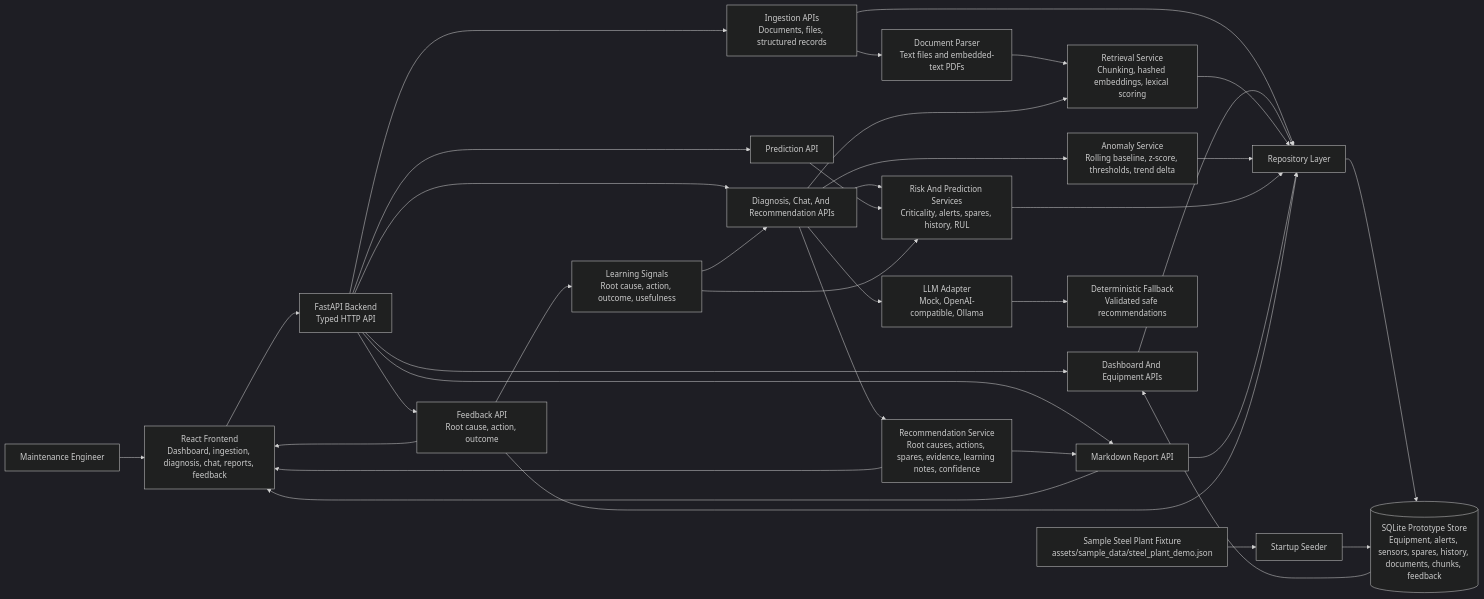
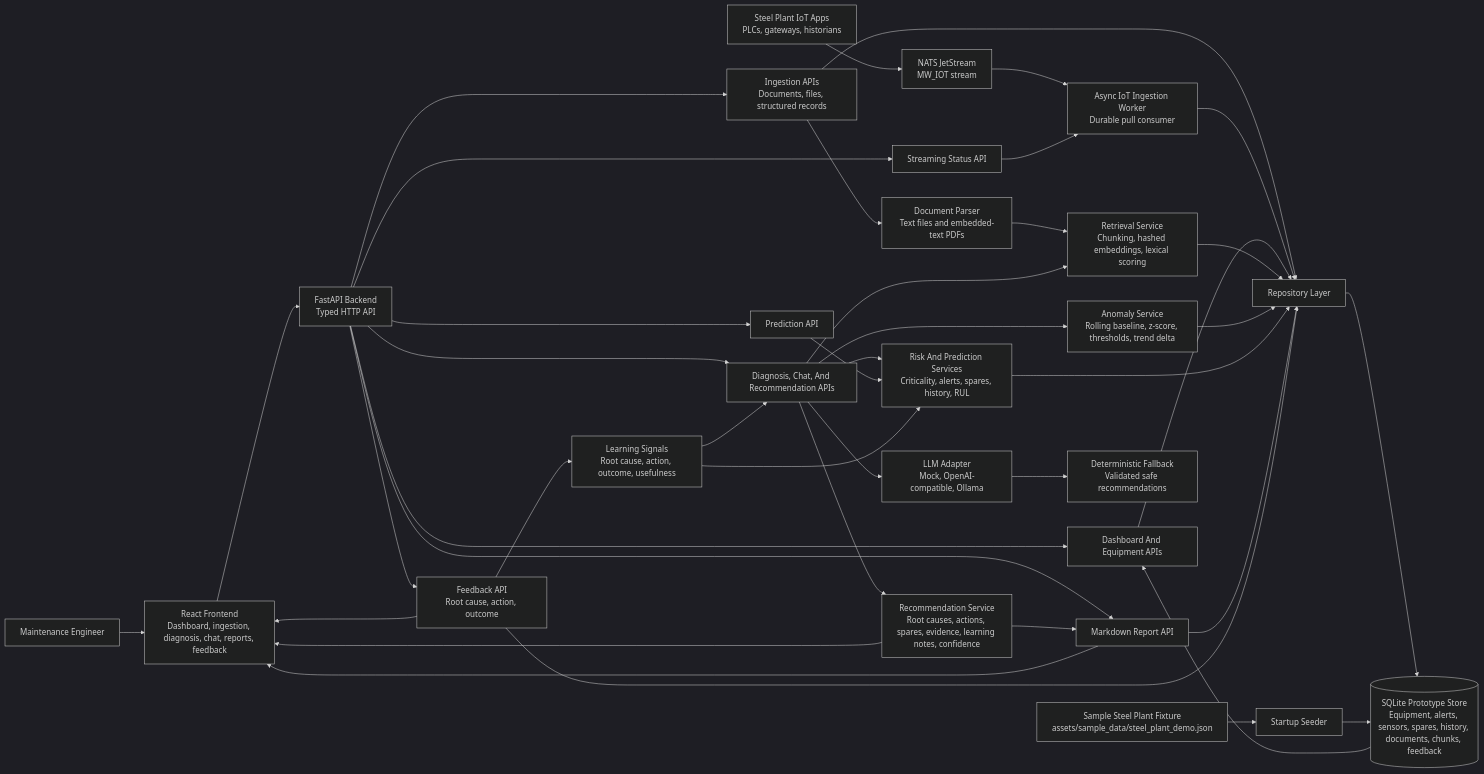
The diagram in docs/architecture.md (ragavendran-r/ai-powered-maintenance-wizard), drawn with Mermaid (dark theme) before and after one commit. The commit also changed other lines of this file and 7 other files, not shown here.

````diff
--- a/docs/architecture.md
+++ b/docs/architecture.md
@@ -5,45 +5,50 @@
 ```mermaid
 flowchart LR
   engineer["Maintenance Engineer"] --> frontend["React Frontend<br/>Dashboard, ingestion, diagnosis, chat, reports, feedback"]
+  iot["Steel Plant IoT Apps<br/>PLCs, gateways, historians"] --> nats["NATS JetStream<br/>MW_IOT stream"]
+  nats --> streamIngest["Async IoT Ingestion Worker<br/>Durable pull consumer"]
   frontend --> api["FastAPI Backend<br/>Typed HTTP API"]
 
   api --> dashboard["Dashboard And Equipment APIs"]
   api --> ingest["Ingestion APIs<br/>Documents, files, structured records"]
+  api --> streamStatus["Streaming Status API"]
   api --> diagnosis["Diagnosis, Chat, And Recommendation APIs"]
   api --> prediction["Prediction API"]
   api --> report["Markdown Report API"]
   api --> feedback["Feedback API<br/>Root cause, action, outcome"]
 
   ingest --> parser["Document Parser<br/>Text files and embedded-text PDFs"]
   parser --> retrieval["Retrieval Service<br/>Chunking, hashed embeddings, lexical scoring"]
   ingest --> repo
+  streamIngest --> repo
+  streamStatus --> streamIngest
 
   diagnosis --> retrieval
   diagnosis --> anomaly["Anomaly Service<br/>Rolling baseline, z-score, thresholds, trend delta"]
   diagnosis --> risk["Risk And Prediction Services<br/>Criticality, alerts, spares, history, RUL"]
   diagnosis --> llm["LLM Adapter<br/>Mock, OpenAI-compatible, Ollama"]
   llm --> fallback["Deterministic Fallback<br/>Validated safe recommendations"]
   diagnosis --> recommendations["Recommendation Service<br/>Root causes, actions, spares, evidence, learning notes, confidence"]
   prediction --> risk
 
   recommendations --> report
   feedback --> learning["Learning Signals<br/>Root cause, action, outcome, usefulness"]
   learning --> diagnosis
   learning --> risk
 
   dashboard --> repo["Repository Layer"]
   retrieval --> repo
   anomaly --> repo
   risk --> repo
   report --> repo
   feedback --> repo
   repo --> sqlite[("SQLite Prototype Store<br/>Equipment, alerts, sensors, spares, history, documents, chunks, feedback")]
 
   sample["Sample Steel Plant Fixture<br/>assets/sample_data/steel_plant_demo.json"] --> loader["Startup Seeder"]
   loader --> sqlite
 
   recommendations --> frontend
   report --> frontend
   feedback --> frontend
   sqlite --> dashboard
 ```
````
